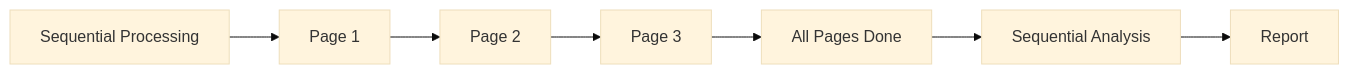
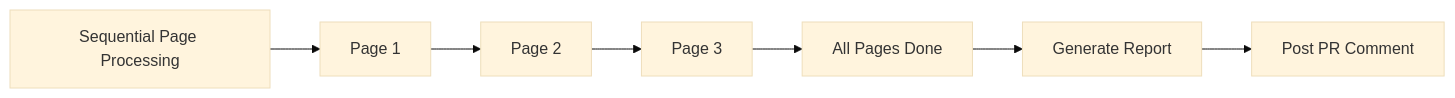
One commit to nevinbuilds/bruniai-action changed the seventh of 7 diagrams in docs/workflow-diagram.md. Above: the diagram before and after it, drawn with Mermaid (base theme). The commit also changed other lines of this file and 8 other files, not shown here.

````diff
--- a/docs/workflow-diagram.md
+++ b/docs/workflow-diagram.md
@@ -277,9 +274,9 @@
 ```mermaid
 graph LR
-    A[Sequential Processing] --> B[Page 1]
+    A[Sequential Page Processing] --> B[Page 1]
     B --> C[Page 2]
     C --> D[Page 3]
     D --> E[All Pages Done]
-    E --> F[Sequential Analysis]
-    F --> G[Report]
+    E --> F[Generate Report]
+    F --> G[Post PR Comment]
 ```
````
